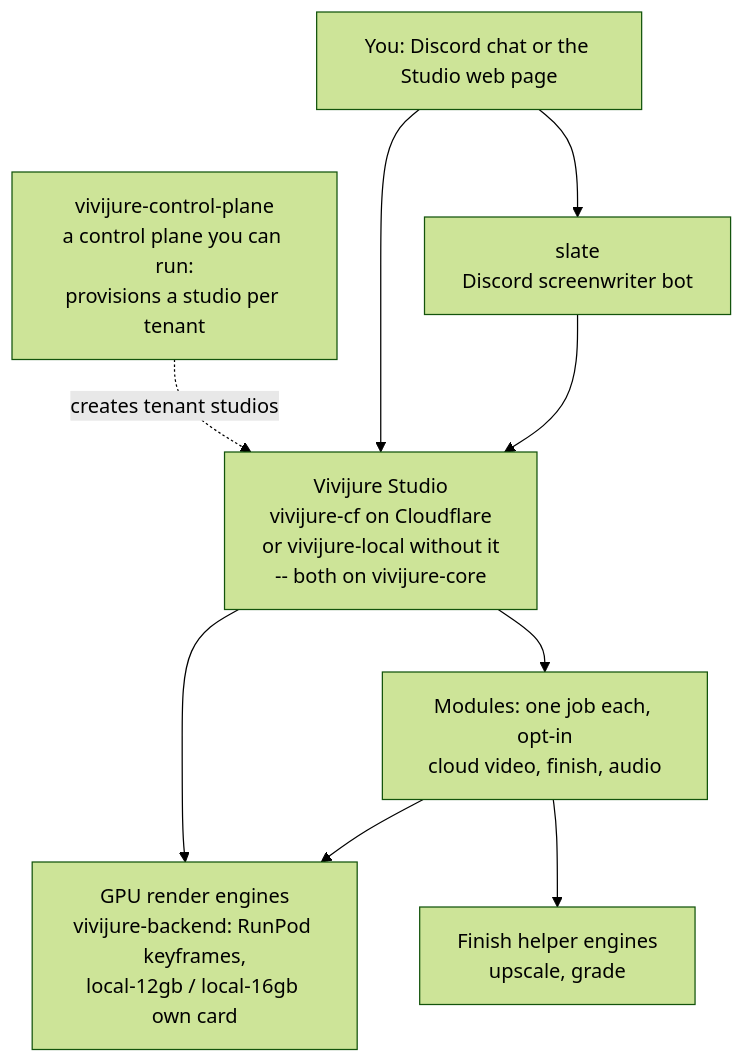
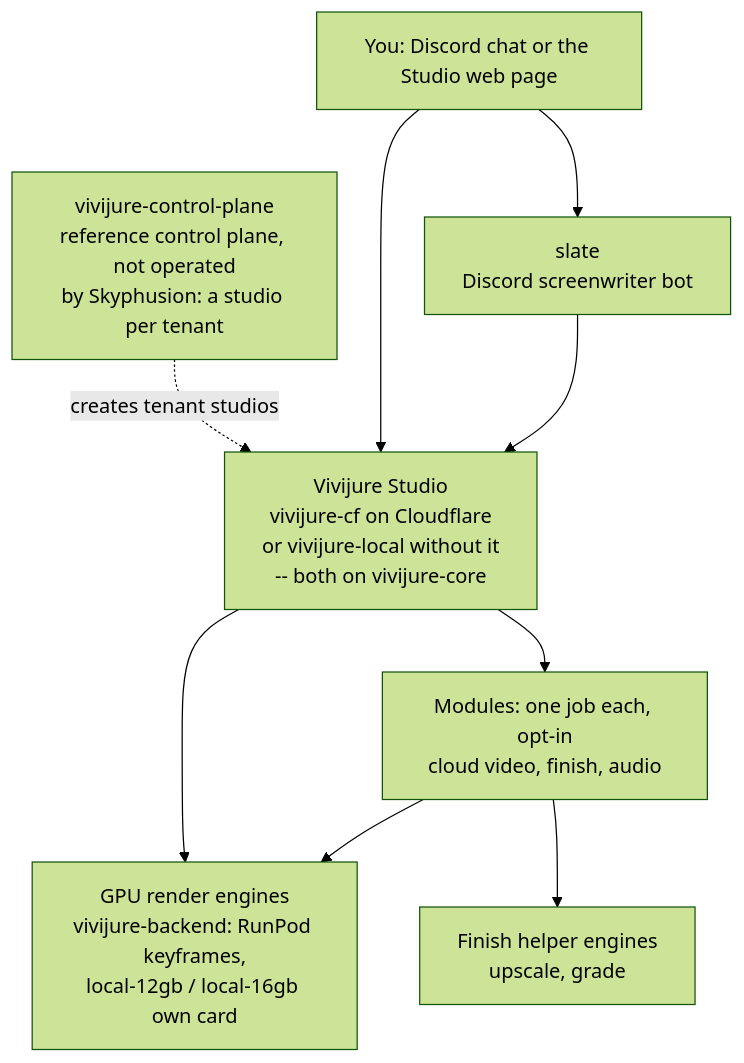
The first of 2 diagrams in README.md (skyphusion-labs/vivijure), drawn with Mermaid (forest theme) before and after one commit. The commit also changed other lines of this file and 1 other file, not shown here.

Commit message:
docs: describe vivijure-control-plane as a reference implementation (docs pass)
Conrad's wording: vivijure-control-plane is a reference implementation of
a multi-tenant control plane for hosting Vivijure Studio; maintained, not
operated by Skyphusion. The docs called it the hosted door or tier, which
implies we run it. The hosted product's own plane is not described.

Claude-Session: https://claude.ai/code/session_01RwnkZBkBTgE6XQL87SosEd

````diff
--- a/README.md
+++ b/README.md
@@ -37,19 +37,19 @@
 ```mermaid
 flowchart TD
     you[You: Discord chat or the Studio web page]
     slate[slate<br/>Discord screenwriter bot]
     studio[Vivijure Studio<br/>vivijure-cf on Cloudflare<br/>or vivijure-local without it<br/>-- both on vivijure-core]
     modules[Modules: one job each, opt-in<br/>cloud video, finish, audio]
     gpu[GPU render engines<br/>vivijure-backend: RunPod keyframes,<br/>local-12gb / local-16gb own card]
     finish[Finish helper engines<br/>upscale, grade]
 
-    hosted[vivijure-control-plane<br/>a control plane you can run:<br/>provisions a studio per tenant]
+    hosted[vivijure-control-plane<br/>reference control plane, not operated<br/>by Skyphusion: a studio per tenant]
 
     you --> slate --> studio
     you --> studio
     hosted -. creates tenant studios .-> studio
     studio --> modules
     modules --> gpu
     modules --> finish
     studio --> gpu
 ```
````
